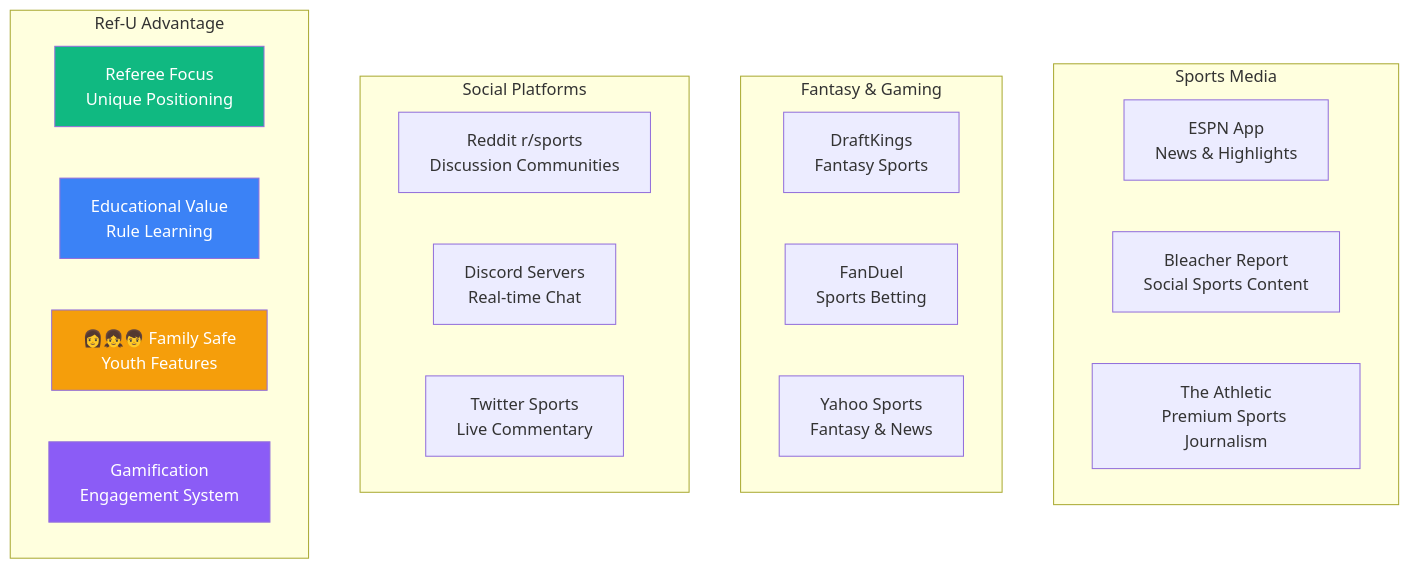
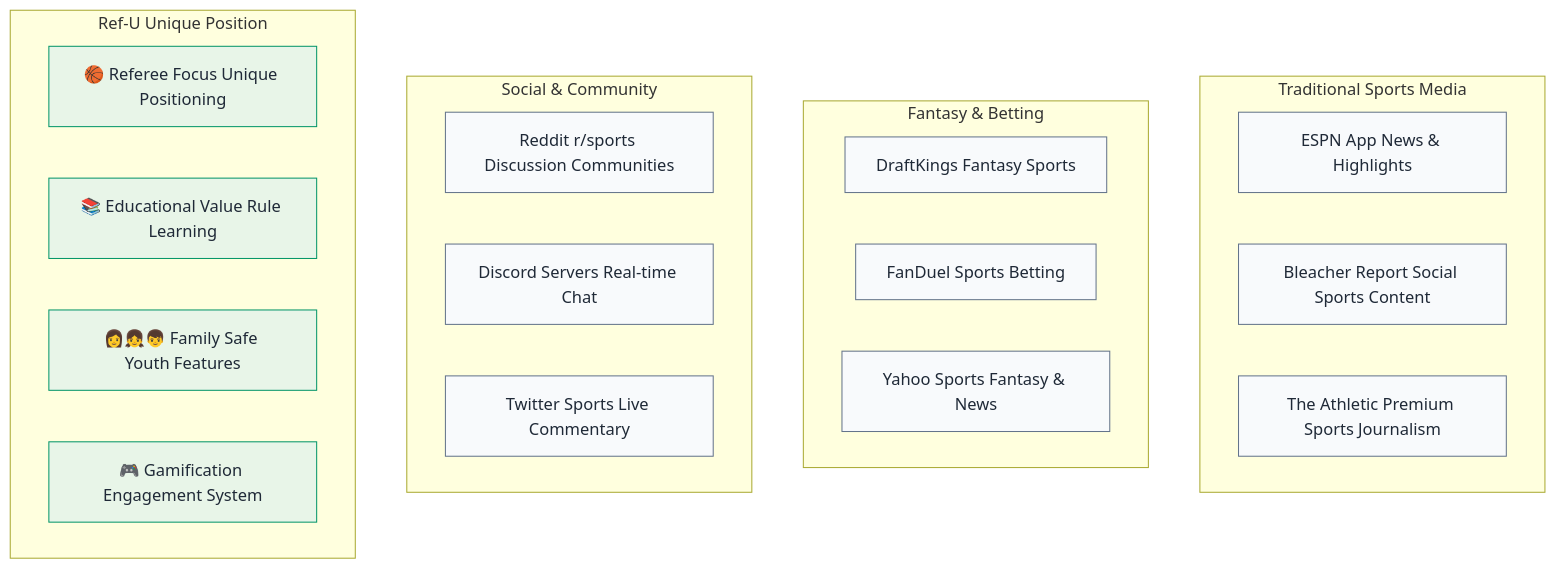
Before and after one commit to SkaFld-Ignite/ref-u-wireframes: the second of 4 diagrams in docs/market-analysis.md, drawn with Mermaid. The commit also changed other lines of this file and 3 other files, not shown here.

Commit message:
Fix: Remove HTML br tags and dollar signs from all Mermaid diagrams - resolves parse errors

````diff
--- a/docs/market-analysis.md
+++ b/docs/market-analysis.md
@@ -33,32 +28,41 @@
 ```mermaid
 graph TB
-    subgraph "Sports Media"
-        A[ESPN App<br/>News & Highlights]
-        B[Bleacher Report<br/>Social Sports Content]
-        C[The Athletic<br/>Premium Sports Journalism]
+    subgraph "Traditional Sports Media"
+        A[ESPN App News & Highlights]
+        B[Bleacher Report Social Sports Content]
+        C[The Athletic Premium Sports Journalism]
     end
     
-    subgraph "Fantasy & Gaming"
-        D[DraftKings<br/>Fantasy Sports]
-        E[FanDuel<br/>Sports Betting]
-        F[Yahoo Sports<br/>Fantasy & News]
+    subgraph "Fantasy & Betting"
+        D[DraftKings Fantasy Sports]
+        E[FanDuel Sports Betting]
+        F[Yahoo Sports Fantasy & News]
     end
     
-    subgraph "Social Platforms"
-        G[Reddit r/sports<br/>Discussion Communities]
-        H[Discord Servers<br/>Real-time Chat]
-        I[Twitter Sports<br/>Live Commentary]
+    subgraph "Social & Community"
+        G[Reddit r/sports Discussion Communities]
+        H[Discord Servers Real-time Chat]
+        I[Twitter Sports Live Commentary]
     end
     
-    subgraph "Ref-U Advantage"
-        J[ Referee Focus<br/>Unique Positioning]
-        K[ Educational Value<br/>Rule Learning]
-        L[👩👧👦 Family Safe<br/>Youth Features]
-        M[ Gamification<br/>Engagement System]
+    subgraph "Ref-U Unique Position"
+        J[🏀 Referee Focus Unique Positioning]
+        K[📚 Educational Value Rule Learning]
+        L[👩👧👦 Family Safe Youth Features]
+        M[🎮 Gamification Engagement System]
     end
     
-    style J fill:#10b981,color:white
-    style K fill:#3b82f6,color:white
-    style L fill:#f59e0b,color:white
-    style M fill:#8b5cf6,color:white
+    style A fill:#f8fafc,stroke:#64748b,color:#1f2937
+    style B fill:#f8fafc,stroke:#64748b,color:#1f2937
+    style C fill:#f8fafc,stroke:#64748b,color:#1f2937
+    style D fill:#f8fafc,stroke:#64748b,color:#1f2937
+    style E fill:#f8fafc,stroke:#64748b,color:#1f2937
+    style F fill:#f8fafc,stroke:#64748b,color:#1f2937
+    style G fill:#f8fafc,stroke:#64748b,color:#1f2937
+    style H fill:#f8fafc,stroke:#64748b,color:#1f2937
+    style I fill:#f8fafc,stroke:#64748b,color:#1f2937
+    style J fill:#e8f5e8,stroke:#059669,color:#1f2937
+    style K fill:#e8f5e8,stroke:#059669,color:#1f2937
+    style L fill:#e8f5e8,stroke:#059669,color:#1f2937
+    style M fill:#e8f5e8,stroke:#059669,color:#1f2937
 ```
````
